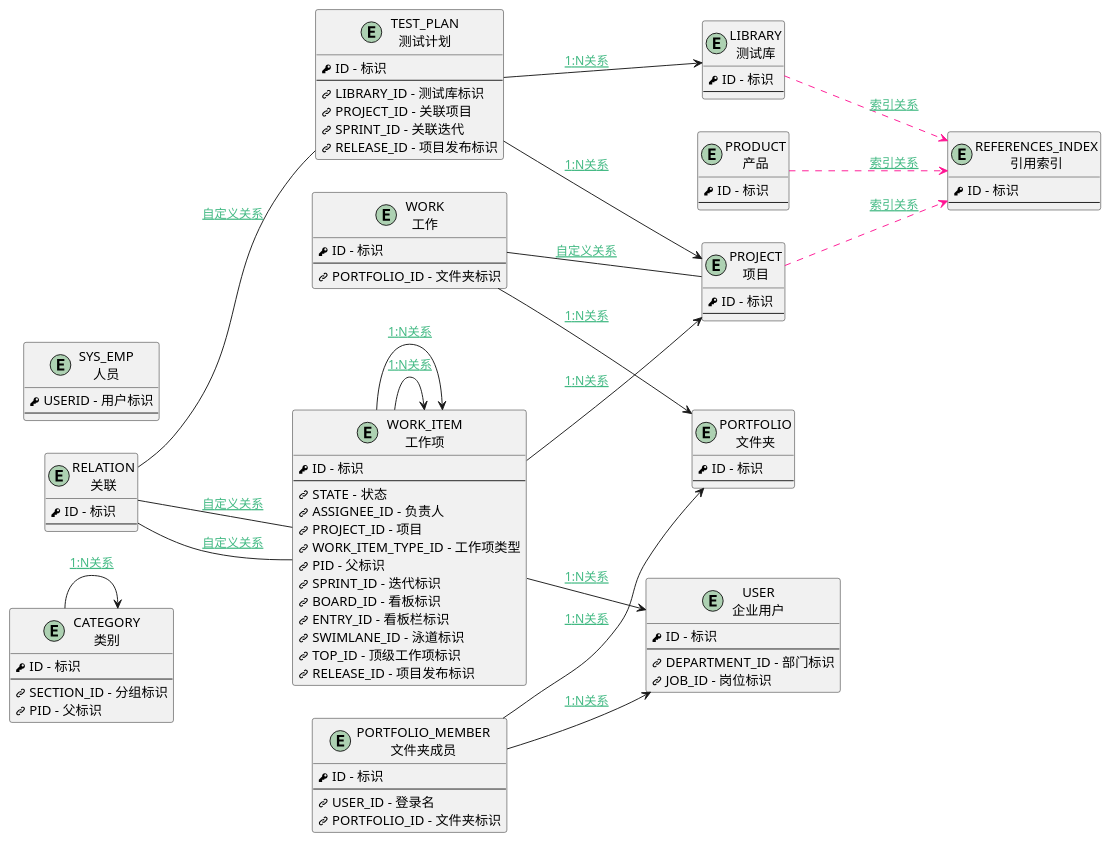
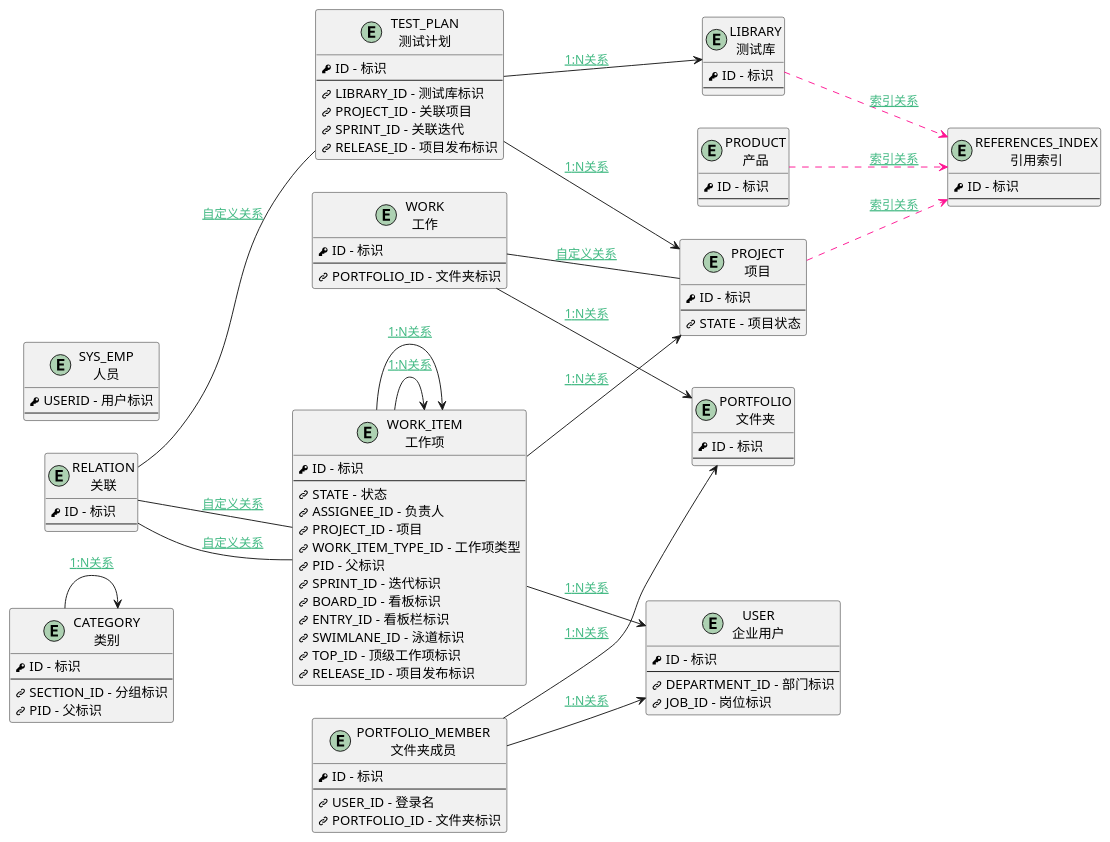
One commit to iBizLab/plm changed the diagram in doc/docsify/er/base_relation.md. Above: the diagram before and after it, drawn with PlantUML. The commit also changed 901 other files, not shown here.

```diff
--- a/doc/docsify/er/base_relation.md
+++ b/doc/docsify/er/base_relation.md
@@ -37,6 +37,7 @@
 entity "PROJECT\n项目" as PROJECT [[$../module/ProjMgmt/project {项目}]] {
         <&key> ID - 标识
         --
+        <&link-intact> STATE - 项目状态
 }
 entity "REFERENCES_INDEX\n引用索引" as REFERENCES_INDEX [[$../module/Base/references_index {引用索引}]] {
         <&key> ID - 标识
```
